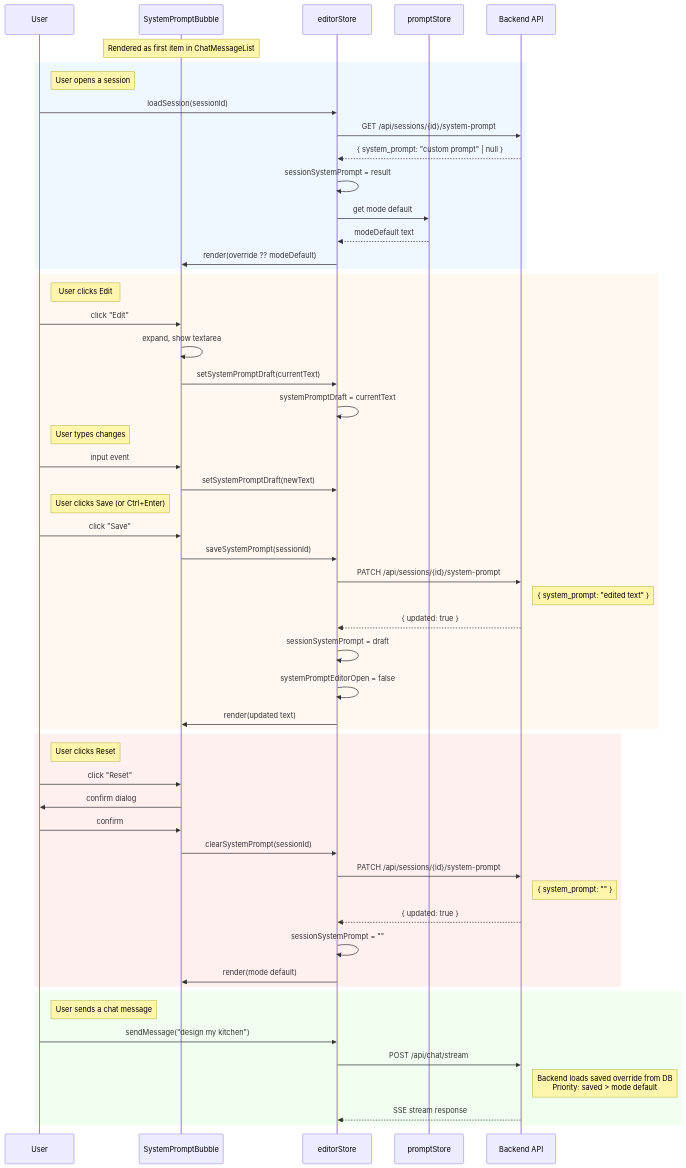
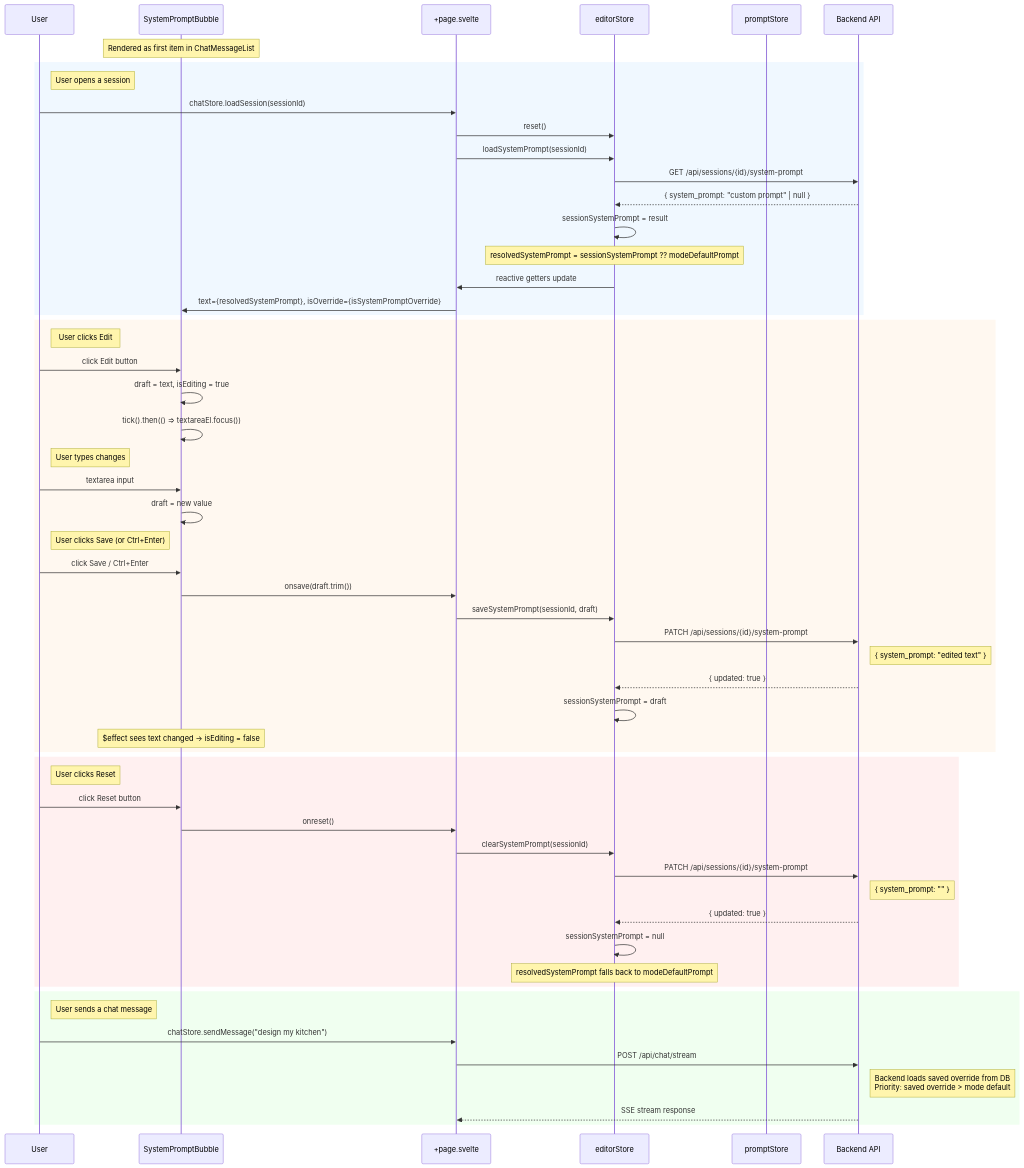
One commit to m1981/kuchnie changed the diagram in kitchen-agent/docs/specs/spec-system-prompt-bubble.md. Above: the diagram before and after it, drawn with Mermaid. The commit also changed other lines of this file and 2 other files, not shown here.

Commit message:
Refine system prompt override logic and sync bubble spec/docs

````diff
--- a/kitchen-agent/docs/specs/spec-system-prompt-bubble.md
+++ b/kitchen-agent/docs/specs/spec-system-prompt-bubble.md
@@ -159,68 +181,69 @@
 ```mermaid
 sequenceDiagram
     participant User
     participant Bubble as SystemPromptBubble
+    participant Page as +page.svelte
     participant Store as editorStore
     participant PromptStore as promptStore
     participant API as Backend API
 
     Note over Bubble: Rendered as first item in ChatMessageList
 
     %% Load on session switch
     rect rgb(240, 248, 255)
         Note right of User: User opens a session
-        User->>Store: loadSession(sessionId)
+        User->>Page: chatStore.loadSession(sessionId)
+        Page->>Store: reset()
+        Page->>Store: loadSystemPrompt(sessionId)
         Store->>API: GET /api/sessions/{id}/system-prompt
         API-->>Store: { system_prompt: "custom prompt" | null }
         Store->>Store: sessionSystemPrompt = result
-        Store->>PromptStore: get mode default
-        PromptStore-->>Store: modeDefault text
-        Store->>Bubble: render(override ?? modeDefault)
+        Note over Store: resolvedSystemPrompt = sessionSystemPrompt ?? modeDefaultPrompt
+        Store->>Page: reactive getters update
+        Page->>Bubble: text={resolvedSystemPrompt}, isOverride={isSystemPromptOverride}
     end
 
     %% Edit flow
     rect rgb(255, 248, 240)
         Note right of User: User clicks Edit
-        User->>Bubble: click "Edit"
-        Bubble->>Bubble: expand, show textarea
-        Bubble->>Store: setSystemPromptDraft(currentText)
-        Store->>Store: systemPromptDraft = currentText
+        User->>Bubble: click Edit button
+        Bubble->>Bubble: draft = text, isEditing = true
+        Bubble->>Bubble: tick().then(() => textareaEl.focus())
 
         Note right of User: User types changes
-        User->>Bubble: input event
-        Bubble->>Store: setSystemPromptDraft(newText)
+        User->>Bubble: textarea input
+        Bubble->>Bubble: draft = new value
 
         Note right of User: User clicks Save (or Ctrl+Enter)
-        User->>Bubble: click "Save"
-        Bubble->>Store: saveSystemPrompt(sessionId)
+        User->>Bubble: click Save / Ctrl+Enter
+        Bubble->>Page: onsave(draft.trim())
+        Page->>Store: saveSystemPrompt(sessionId, draft)
         Store->>API: PATCH /api/sessions/{id}/system-prompt
         Note right of API: { system_prompt: "edited text" }
         API-->>Store: { updated: true }
         Store->>Store: sessionSystemPrompt = draft
-        Store->>Store: systemPromptEditorOpen = false
-        Store->>Bubble: render(updated text)
+        Note over Bubble: $effect sees text changed → isEditing = false
     end
 
     %% Reset flow
     rect rgb(255, 240, 240)
         Note right of User: User clicks Reset
-        User->>Bubble: click "Reset"
-        Bubble->>User: confirm dialog
-        User->>Bubble: confirm
-        Bubble->>Store: clearSystemPrompt(sessionId)
+        User->>Bubble: click Reset button
+        Bubble->>Page: onreset()
+        Page->>Store: clearSystemPrompt(sessionId)
         Store->>API: PATCH /api/sessions/{id}/system-prompt
         Note right of API: { system_prompt: "" }
         API-->>Store: { updated: true }
-        Store->>Store: sessionSystemPrompt = ""
-        Store->>Bubble: render(mode default)
+        Store->>Store: sessionSystemPrompt = null
+        Note over Store: resolvedSystemPrompt falls back to modeDefaultPrompt
     end
 
     %% Next chat send uses the override
     rect rgb(240, 255, 240)
         Note right of User: User sends a chat message
-        User->>Store: sendMessage("design my kitchen")
-        Store->>API: POST /api/chat/stream
-        Note right of API: Backend loads saved override from DB<br/>Priority: saved > mode default
-        API-->>Store: SSE stream response
+        User->>Page: chatStore.sendMessage("design my kitchen")
+        Page->>API: POST /api/chat/stream
+        Note right of API: Backend loads saved override from DB<br/>Priority: saved override > mode default
+        API-->>Page: SSE stream response
     end
 ```
````
